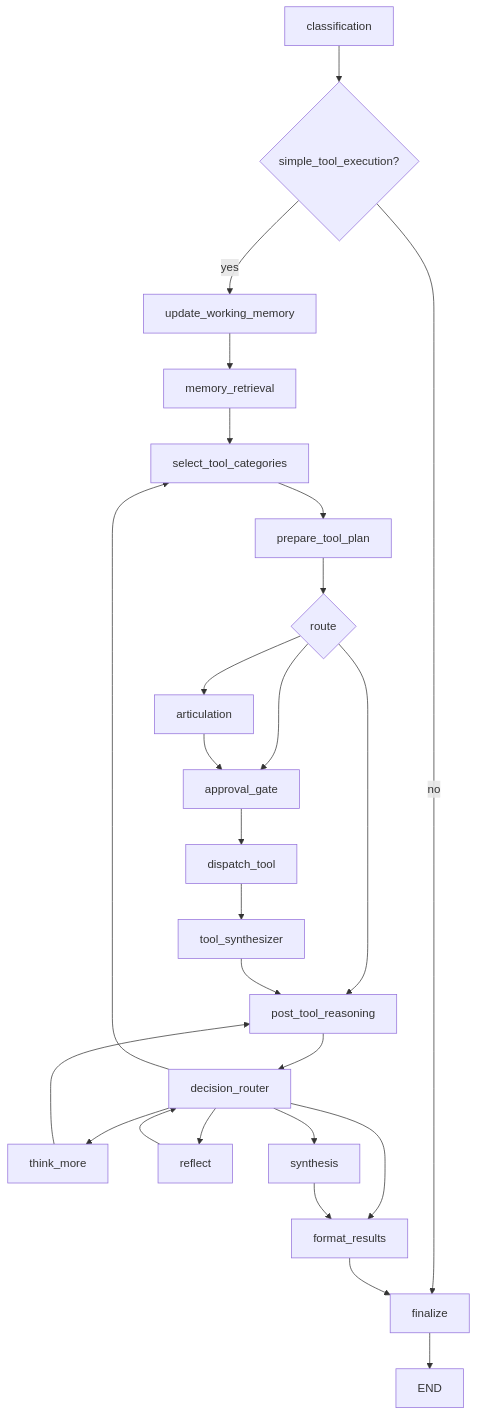
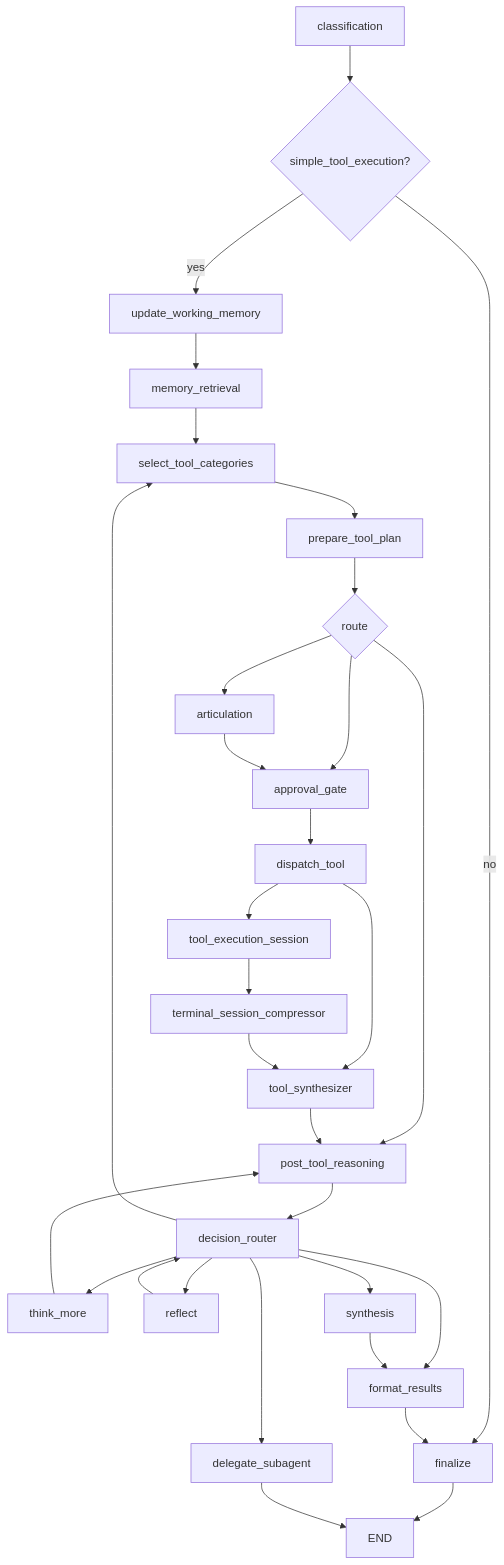
Before and after one commit to quareth/drowAI: the third of 6 diagrams in docs/architecture/langgraph-graph-architecture.md, drawn with Mermaid. The commit also changed other lines of this file and 419 other files, not shown here.

````diff
--- a/docs/architecture/langgraph-graph-architecture.md
+++ b/docs/architecture/langgraph-graph-architecture.md
@@ -310,28 +315,33 @@
 ```mermaid
 flowchart TD
     classification --> Gate{simple_tool_execution?}
     Gate -- no --> finalize
     Gate -- yes --> update_working_memory
     update_working_memory --> memory_retrieval
     memory_retrieval --> select_tool_categories
     select_tool_categories --> prepare_tool_plan
     prepare_tool_plan --> PrepRoute{route}
     PrepRoute --> articulation
     PrepRoute --> approval_gate
     PrepRoute --> post_tool_reasoning
     articulation --> approval_gate
     approval_gate --> dispatch_tool
+    dispatch_tool --> tool_execution_session
     dispatch_tool --> tool_synthesizer
+    tool_execution_session --> terminal_session_compressor
+    terminal_session_compressor --> tool_synthesizer
     tool_synthesizer --> post_tool_reasoning
     post_tool_reasoning --> decision_router
     decision_router --> select_tool_categories
     decision_router --> think_more
     decision_router --> reflect
     decision_router --> synthesis
     decision_router --> format_results
+    decision_router --> delegate_subagent
     think_more --> post_tool_reasoning
     reflect --> decision_router
     synthesis --> format_results
     format_results --> finalize
     finalize --> END
+    delegate_subagent --> END
 ```
````
